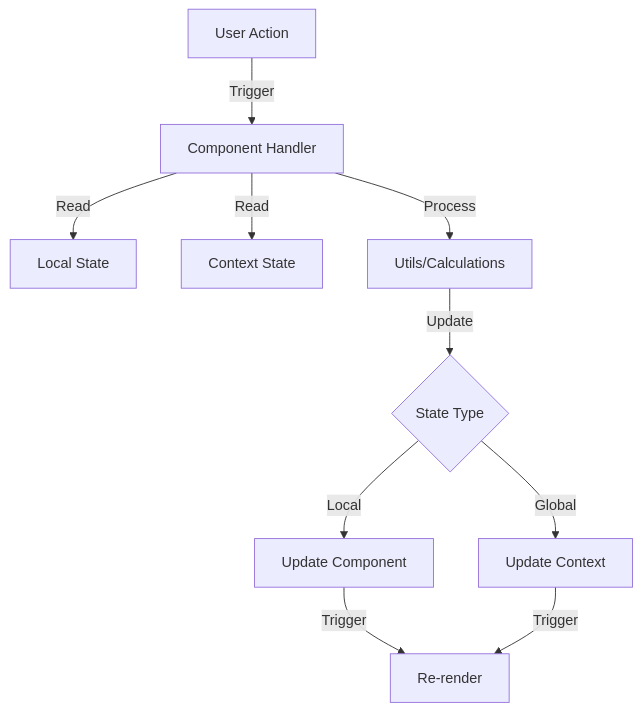
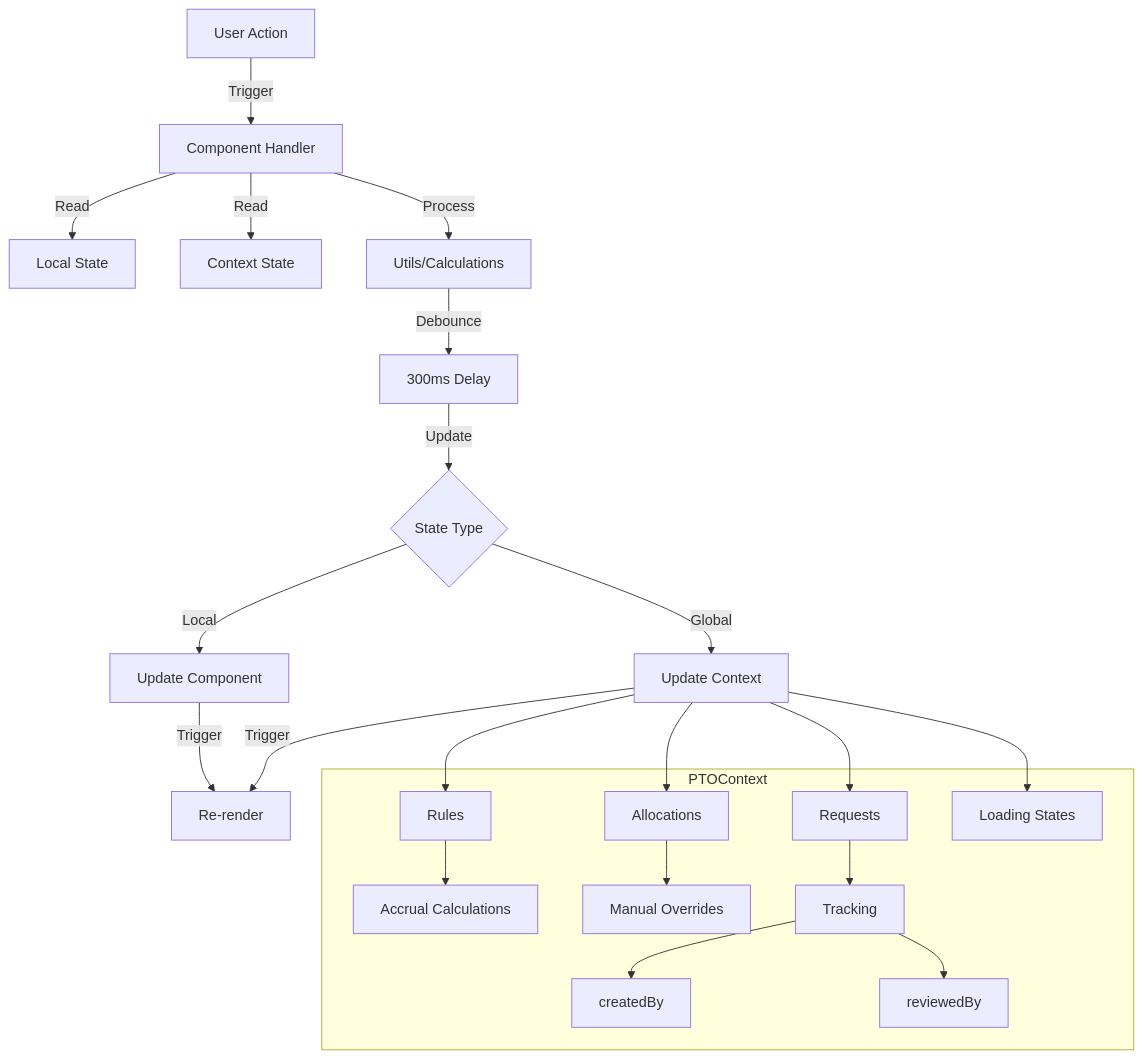
One commit to l2laihub/employee-time-tracking-app changed the third of 3 diagrams in docs/features/pto/pto-feature-technical.md. Above: the diagram before and after it, drawn with Mermaid. The commit also changed other lines of this file and 3 other files, not shown here.

````diff
--- a/docs/features/pto/pto-feature-technical.md
+++ b/docs/features/pto/pto-feature-technical.md
@@ -83,11 +84,23 @@
 ```mermaid
 flowchart TD
     A[User Action] -->|Trigger| B[Component Handler]
     B -->|Read| C[Local State]
     B -->|Read| D[Context State]
     B -->|Process| E[Utils/Calculations]
-    E -->|Update| F{State Type}
-    F -->|Local| G[Update Component]
-    F -->|Global| H[Update Context]
-    G & H -->|Trigger| I[Re-render]
+    E -->|Debounce| F[300ms Delay]
+    F -->|Update| G{State Type}
+    G -->|Local| H[Update Component]
+    G -->|Global| I[Update Context]
+    H & I -->|Trigger| J[Re-render]
+    
+    subgraph PTOContext
+        K[Rules] --> L[Accrual Calculations]
+        M[Allocations] --> N[Manual Overrides]
+        O[Requests] --> P[Tracking]
+        P --> Q[createdBy]
+        P --> R[reviewedBy]
+        S[Loading States]
+    end
+    
+    I --> K & M & O & S
 ```
````
